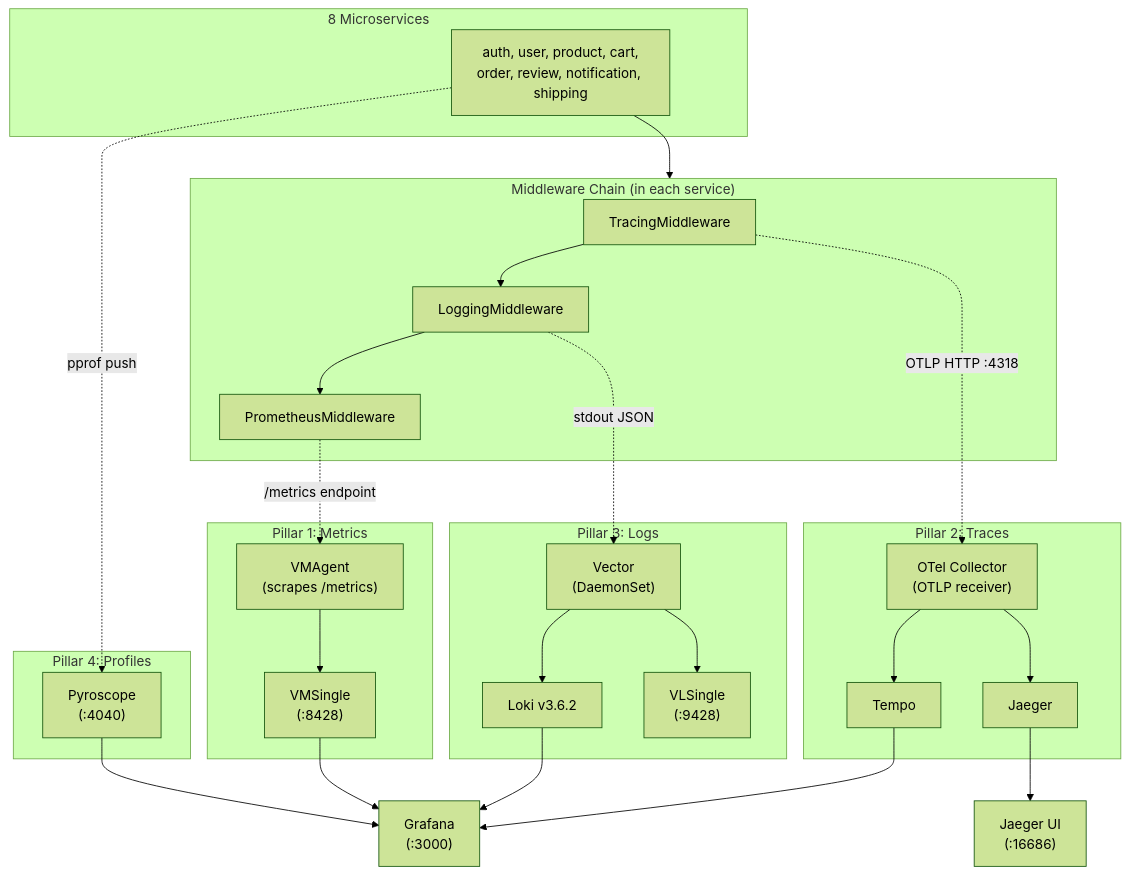
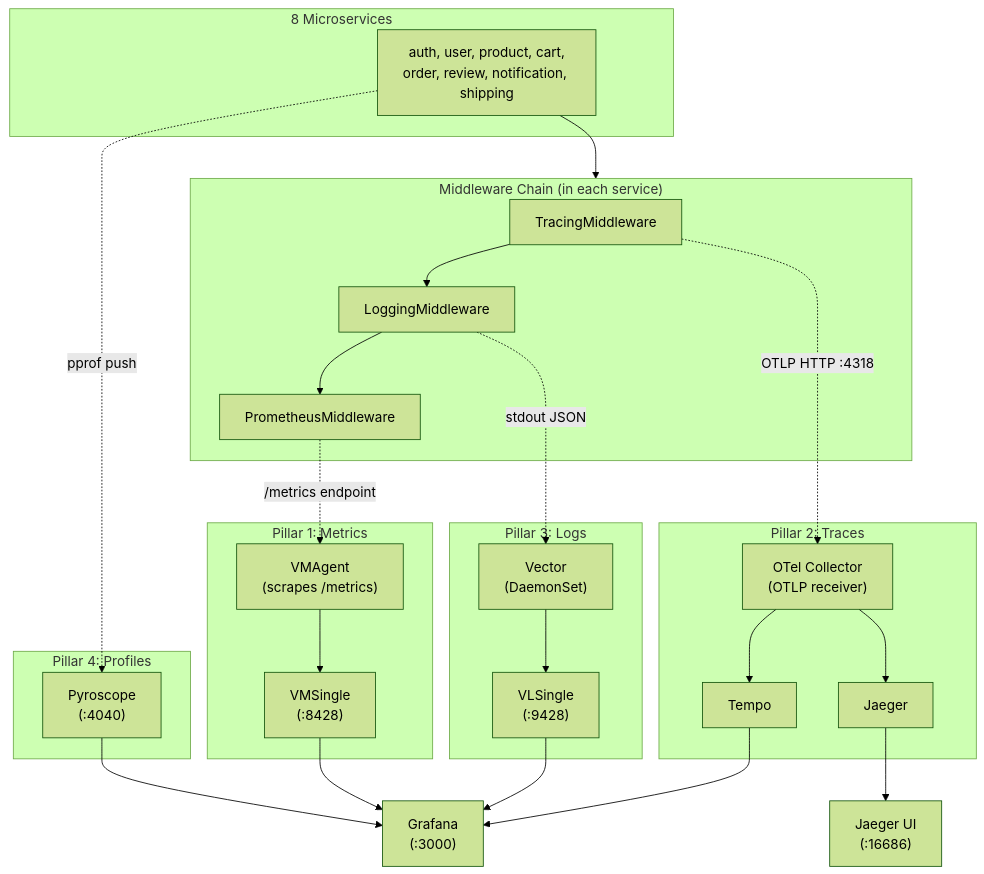
One commit to duynhlab/homelab changed the third of 7 diagrams in docs/observability/runbooks/observability-deep-dive.md. Above: the diagram before and after it, drawn with Mermaid (forest theme). The commit also changed other lines of this file and 5 other files, not shown here.

````diff
--- a/docs/observability/runbooks/observability-deep-dive.md
+++ b/docs/observability/runbooks/observability-deep-dive.md
@@ -173,40 +173,39 @@
 ```mermaid
 flowchart TD
     subgraph apps ["8 Microservices"]
         S["auth, user, product, cart,\norder, review, notification, shipping"]
     end
 
     subgraph middleware ["Middleware Chain (in each service)"]
         M1["TracingMiddleware"] --> M2["LoggingMiddleware"] --> M3["PrometheusMiddleware"]
     end
 
     subgraph metrics ["Pillar 1: Metrics"]
         VMAgent["VMAgent\n(scrapes /metrics)"] --> VMSingle["VMSingle\n(:8428)"]
     end
 
     subgraph traces ["Pillar 2: Traces"]
         OTel["OTel Collector\n(OTLP receiver)"] --> Tempo["Tempo"]
         OTel --> Jaeger["Jaeger"]
     end
 
     subgraph logs ["Pillar 3: Logs"]
-        Vector["Vector\n(DaemonSet)"] --> Loki["Loki v3.6.2"]
-        Vector --> VLSingle["VLSingle\n(:9428)"]
+        Vector["Vector\n(DaemonSet)"] --> VLSingle["VLSingle\n(:9428)"]
     end
 
     subgraph profiles ["Pillar 4: Profiles"]
         Pyroscope["Pyroscope\n(:4040)"]
     end
 
     S --> middleware
     M3 -.->|"/metrics endpoint"| VMAgent
     M1 -.->|"OTLP HTTP :4318"| OTel
     M2 -.->|"stdout JSON"| Vector
     S -.->|"pprof push"| Pyroscope
 
     VMSingle --> Grafana["Grafana\n(:3000)"]
     Tempo --> Grafana
-    Loki --> Grafana
+    VLSingle --> Grafana
     Pyroscope --> Grafana
     Jaeger --> JaegerUI["Jaeger UI\n(:16686)"]
 ```
````
